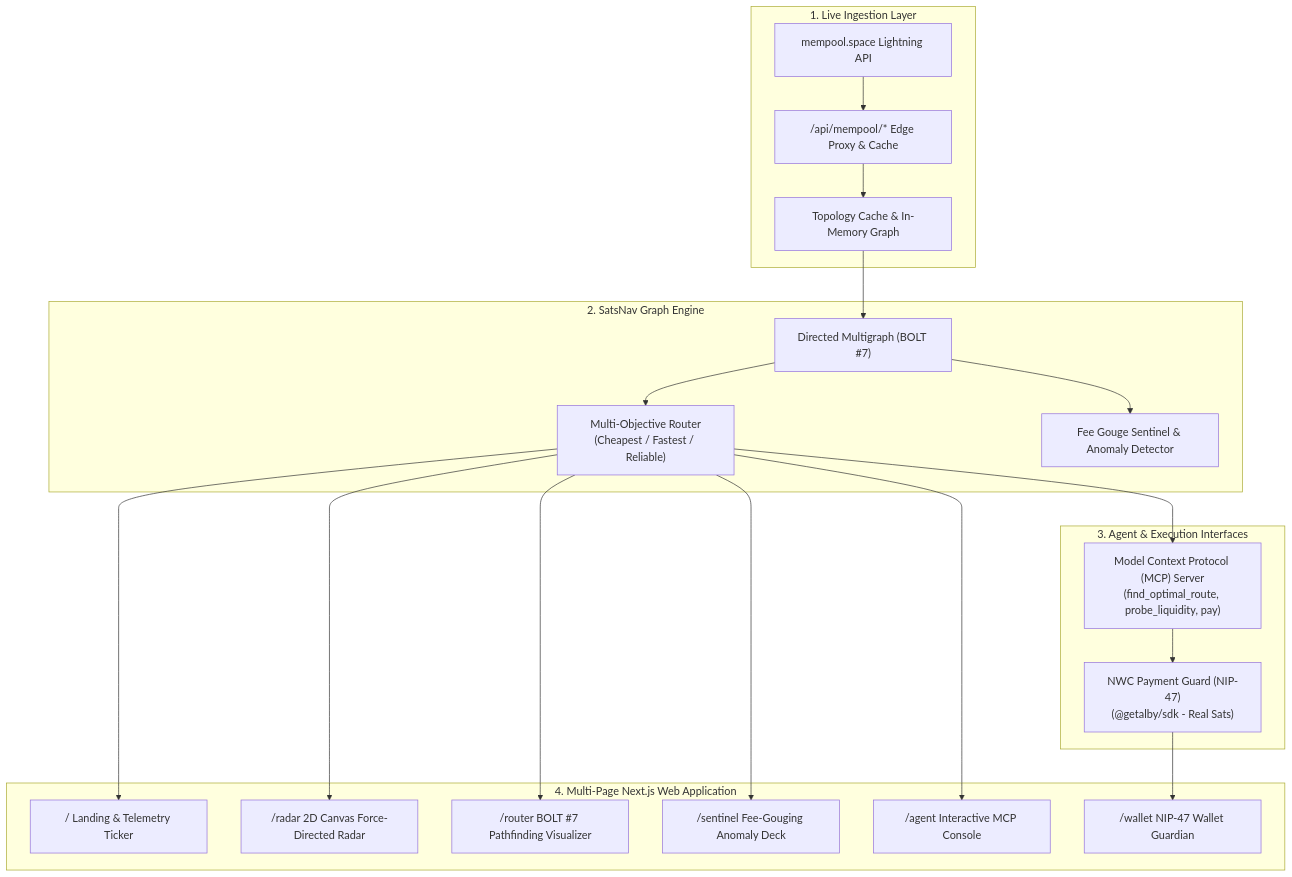
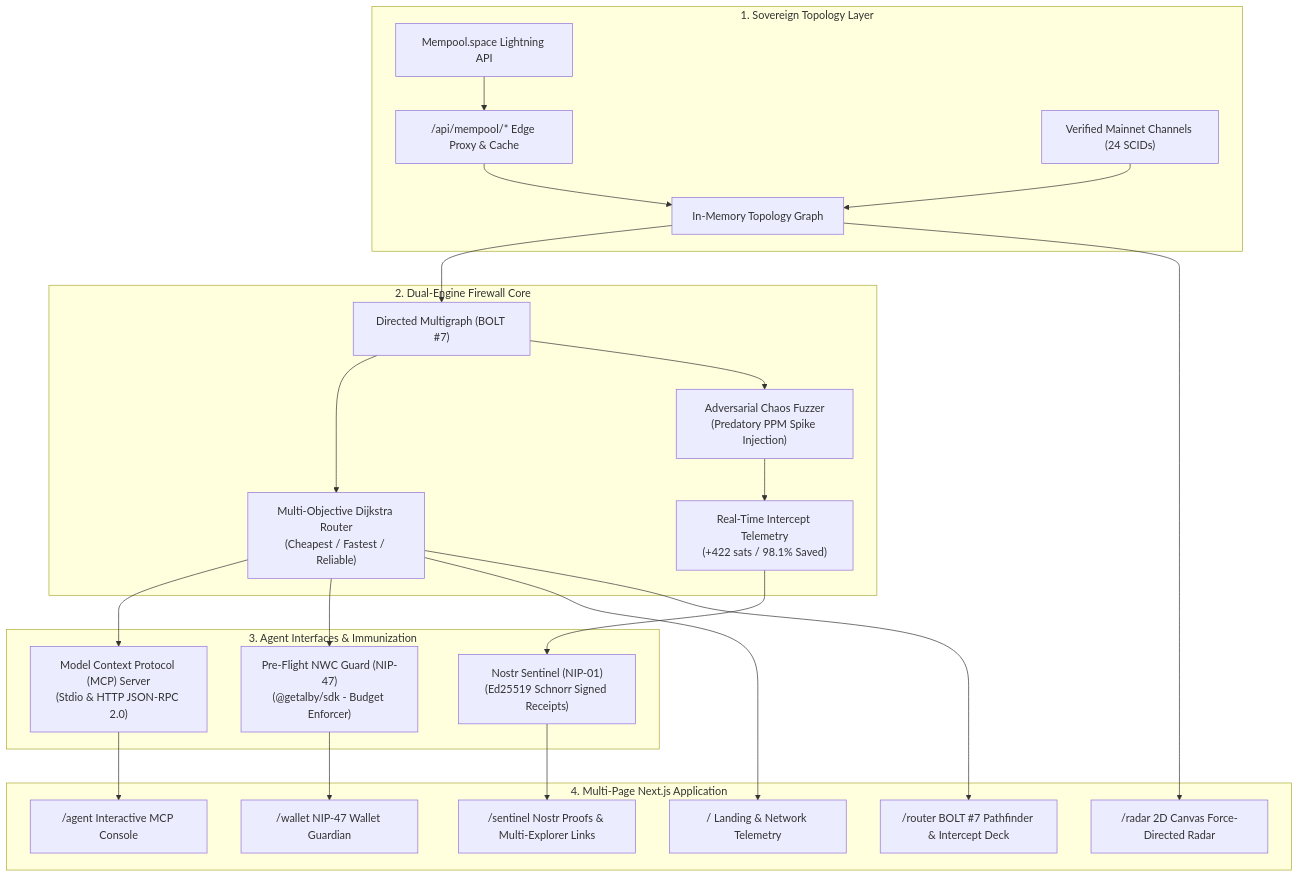
Before and after one commit to emarc99/satsnav: the diagram in README.md, drawn with Mermaid. The commit also changed other lines of this file and 1 other file, not shown here.

Commit message:
docs(readme): streamline core narrative around pre-flight payment firewall, embed logo, and add system architecture diagram

````diff
--- a/README.md
+++ b/README.md
@@ -30,27 +102,30 @@
 ```mermaid
 graph TD
-    subgraph Ingestion["1. Live Ingestion Layer"]
-        M1["mempool.space Lightning API"] --> M2["/api/mempool/* Edge Proxy & Cache"]
-        M2 --> M3["Topology Cache & In-Memory Graph"]
+    subgraph Ingestion["1. Sovereign Topology Layer"]
+        M1["Mempool.space Lightning API"] --> M2["/api/mempool/* Edge Proxy & Cache"]
+        M3["Verified Mainnet Channels (24 SCIDs)"] --> M4["In-Memory Topology Graph"]
+        M2 --> M4
     end
 
-    subgraph Core["2. SatsNav Graph Engine"]
-        M3 --> G1["Directed Multigraph (BOLT #7)"]
-        G1 --> G2["Multi-Objective Router<br/>(Cheapest / Fastest / Reliable)"]
-        G1 --> G3["Fee Gouge Sentinel & Anomaly Detector"]
+    subgraph Core["2. Dual-Engine Firewall Core"]
+        M4 --> G1["Directed Multigraph (BOLT #7)"]
+        G1 --> G2["Multi-Objective Dijkstra Router<br/>(Cheapest / Fastest / Reliable)"]
+        G1 --> G3["Adversarial Chaos Fuzzer<br/>(Predatory PPM Spike Injection)"]
+        G3 --> G4["Real-Time Intercept Telemetry<br/>(+422 sats / 98.1% Saved)"]
     end
 
-    subgraph Interface["3. Agent & Execution Interfaces"]
-        G2 --> MCP["Model Context Protocol (MCP) Server<br/>(find_optimal_route, probe_liquidity, pay)"]
-        MCP --> NWC["NWC Payment Guard (NIP-47)<br/>(@getalby/sdk - Real Sats)"]
+    subgraph Interfaces["3. Agent Interfaces & Immunization"]
+        G2 --> MCP["Model Context Protocol (MCP) Server<br/>(Stdio & HTTP JSON-RPC 2.0)"]
+        G4 --> NOSTR["Nostr Sentinel (NIP-01)<br/>(Ed25519 Schnorr Signed Receipts)"]
+        G2 --> NWC["Pre-Flight NWC Guard (NIP-47)<br/>(@getalby/sdk - Budget Enforcer)"]
     end
 
-    subgraph UI["4. Multi-Page Next.js Web Application"]
-        G2 --> P1["/ Landing & Telemetry Ticker"]
-        G2 --> P2["/radar 2D Canvas Force-Directed Radar"]
-        G2 --> P3["/router BOLT #7 Pathfinding Visualizer"]
-        G2 --> P4["/sentinel Fee-Gouging Anomaly Deck"]
-        G2 --> P5["/agent Interactive MCP Console"]
+    subgraph UI["4. Multi-Page Next.js Application"]
+        G2 --> P1["/ Landing & Network Telemetry"]
+        G2 --> P2["/router BOLT #7 Pathfinder & Intercept Deck"]
+        NOSTR --> P3["/sentinel Nostr Proofs & Multi-Explorer Links"]
+        M4 --> P4["/radar 2D Canvas Force-Directed Radar"]
+        MCP --> P5["/agent Interactive MCP Console"]
         NWC --> P6["/wallet NIP-47 Wallet Guardian"]
     end
 ```
````
